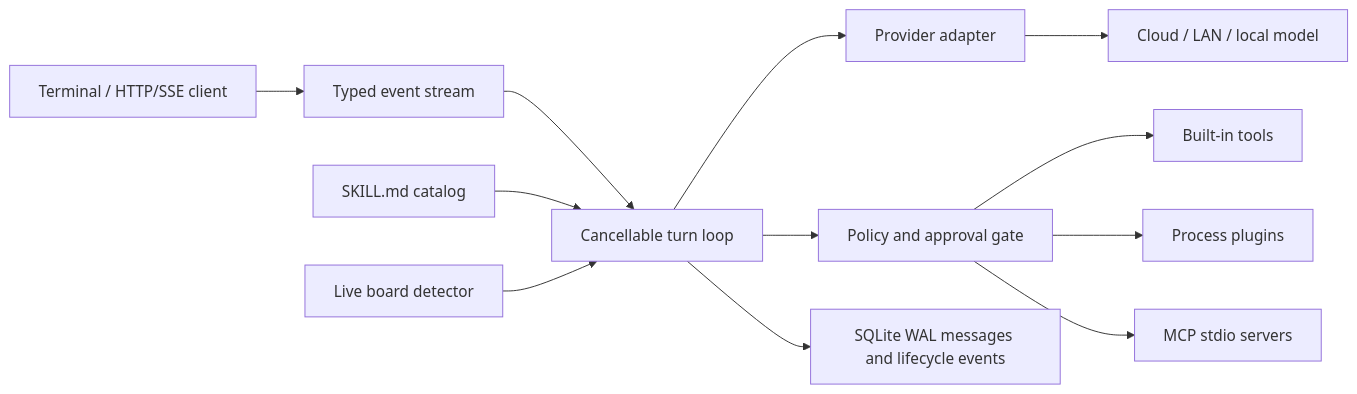
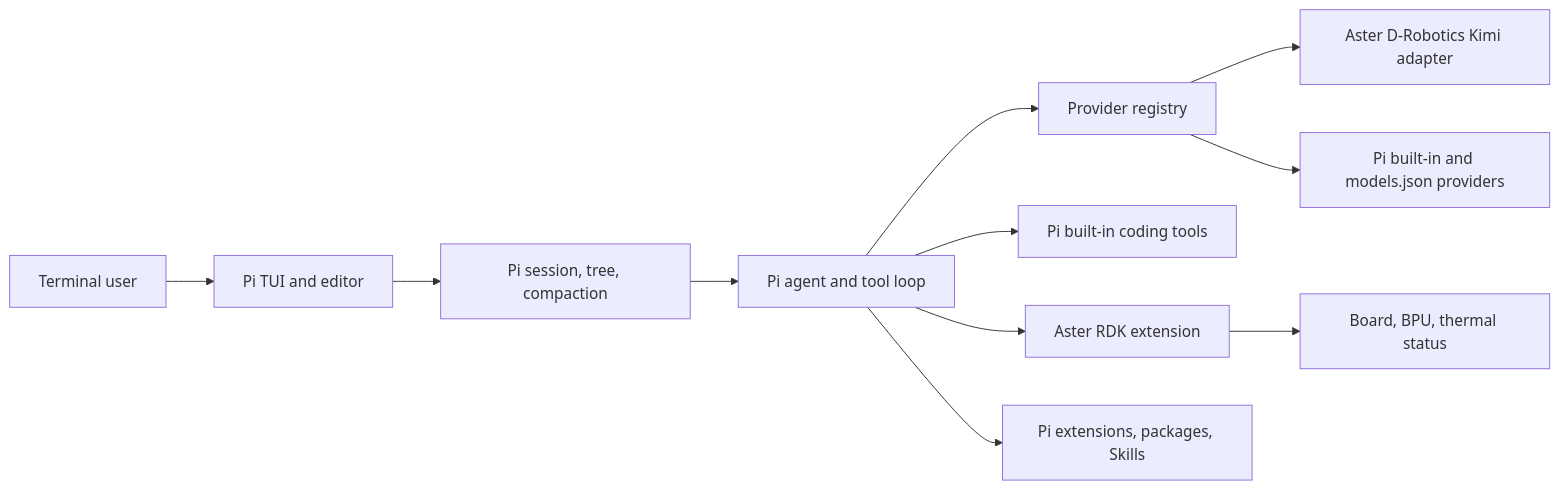
The diagram in docs/architecture.md (Kyrie-w8/hobot-code), drawn with Mermaid before and after one commit. The commit also changed other lines of this file and 18 other files, not shown here.

````diff
--- a/docs/architecture.md
+++ b/docs/architecture.md
@@ -5,14 +5,13 @@
 ```mermaid
 flowchart LR
-  U["Terminal / HTTP/SSE client"] --> E["Typed event stream"]
-  E --> A["Cancellable turn loop"]
-  A --> P["Provider adapter"]
-  P --> M["Cloud / LAN / local model"]
-  A --> G["Policy and approval gate"]
-  G --> T["Built-in tools"]
-  G --> X["Process plugins"]
-  G --> C["MCP stdio servers"]
-  A --> S["SQLite WAL messages and lifecycle events"]
-  K["SKILL.md catalog"] --> A
-  B["Live board detector"] --> A
+  U["Terminal user"] --> T["Pi TUI and editor"]
+  T --> S["Pi session, tree, compaction"]
+  S --> A["Pi agent and tool loop"]
+  A --> P["Provider registry"]
+  P --> K["Aster D-Robotics Kimi adapter"]
+  P --> V["Pi built-in and models.json providers"]
+  A --> B["Pi built-in coding tools"]
+  A --> R["Aster RDK extension"]
+  R --> H["Board, BPU, thermal status"]
+  A --> X["Pi extensions, packages, Skills"]
 ```
````
